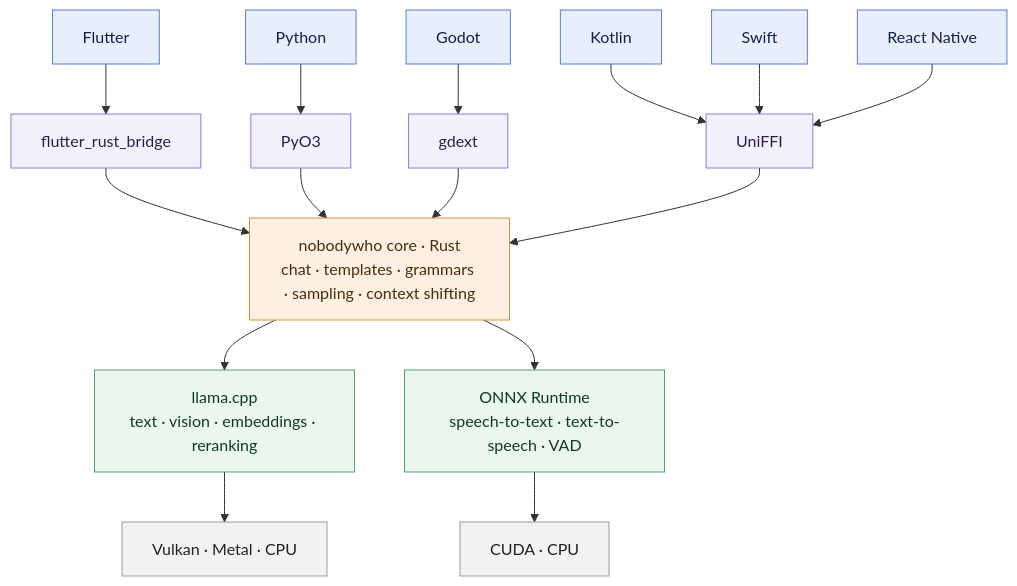
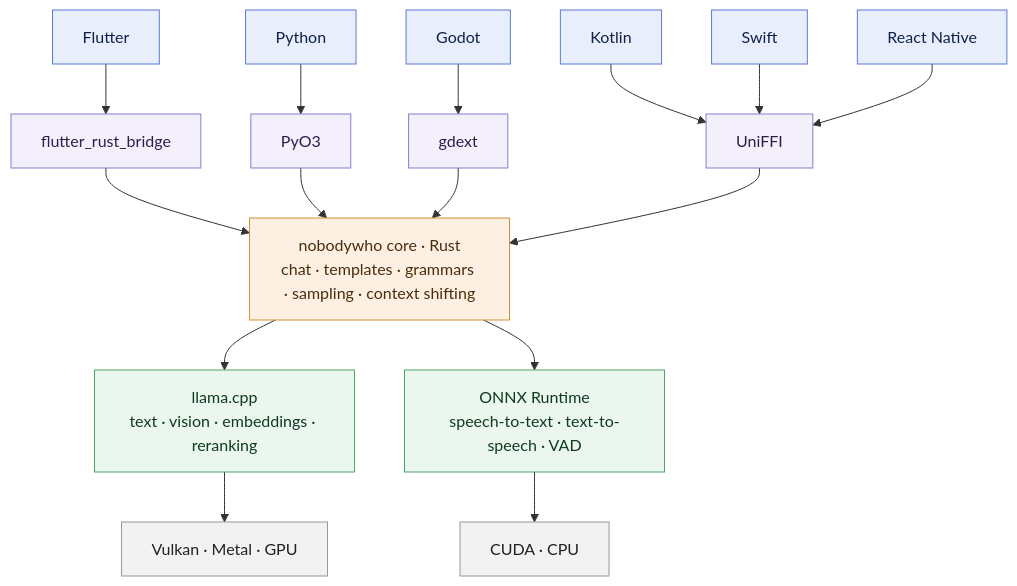
The diagram in README.md (nobodywho-ooo/nobodywho), drawn with Mermaid before and after one commit.

````diff
--- a/README.md
+++ b/README.md
@@ -254,40 +254,40 @@
 ```mermaid
 flowchart TD
     FL["Flutter"]:::lang
     PY["Python"]:::lang
     GO["Godot"]:::lang
     K["Kotlin"]:::lang
     S["Swift"]:::lang
     RN["React Native"]:::lang
 
     FRB["flutter_rust_bridge"]:::glue
     P3["PyO3"]:::glue
     GX["gdext"]:::glue
     U["UniFFI"]:::glue
 
     FL --> FRB
     PY --> P3
     GO --> GX
     K --> U
     S --> U
     RN --> U
 
     CORE["nobodywho core · Rust<br/>chat · templates · grammars · sampling · context shifting"]:::core
 
     FRB --> CORE
     P3 --> CORE
     GX --> CORE
     U --> CORE
 
     CORE --> LCPP["llama.cpp<br/>text · vision · embeddings · reranking"]:::engine
     CORE --> ORT["ONNX Runtime<br/>speech-to-text · text-to-speech · VAD"]:::engine
 
-    LCPP --> HW1["Vulkan · Metal · CPU"]:::hw
+    LCPP --> HW1["Vulkan · Metal · GPU"]:::hw
     ORT --> HW2["CUDA · CPU"]:::hw
 
     classDef lang fill:#e8eefc,stroke:#5b7bd5,color:#11204a
     classDef glue fill:#f3f0fb,stroke:#8b7bd5,color:#2a1f4a
     classDef core fill:#fdf0e3,stroke:#d58f3b,color:#4a2d0b
     classDef engine fill:#eaf6ee,stroke:#4fa46a,color:#0f3b1f
     classDef hw fill:#f2f2f2,stroke:#999,color:#222
 ```
````
